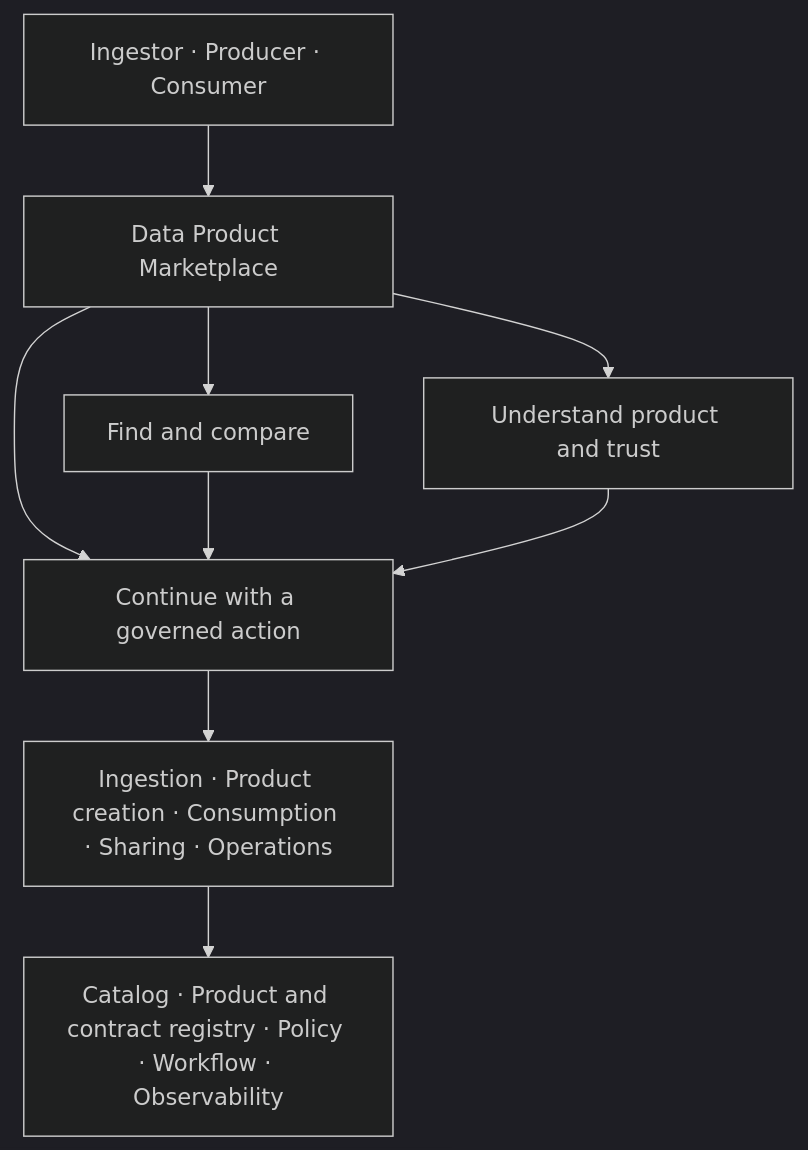
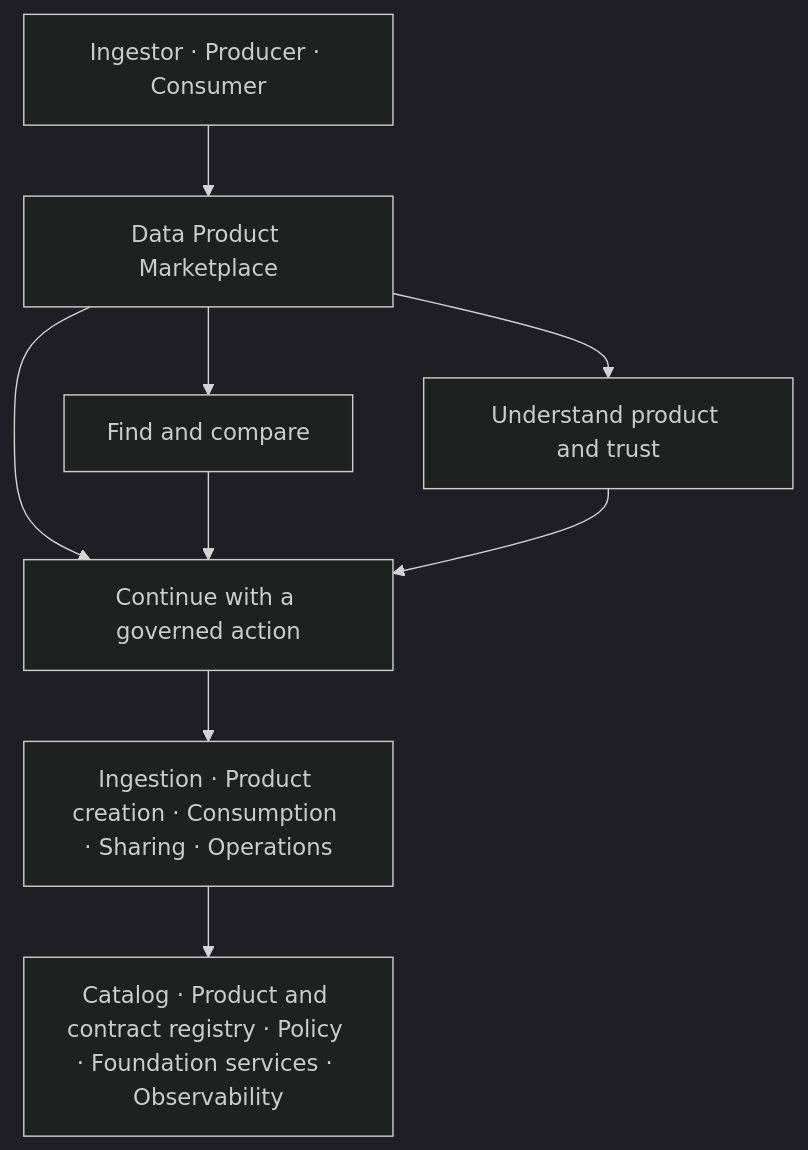
One commit to cong78/data-foundation-architecture changed the second of 4 diagrams in docs/architecture/data-service-portal-model.md. Above: the diagram before and after it, drawn with Mermaid (dark theme). The commit also changed other lines of this file and 1 other file, not shown here.

Commit message:
Consolidate portal flows under data contracts

````diff
--- a/docs/architecture/data-service-portal-model.md
+++ b/docs/architecture/data-service-portal-model.md
@@ -53,18 +53,18 @@
 ```mermaid
 flowchart TB
     USERS[Ingestor · Producer · Consumer]
     M[Data Product Marketplace]
     F[Find and compare]
     D[Understand product and trust]
     A[Continue with a governed action]
     S[Ingestion · Product creation · Consumption · Sharing · Operations]
-    AUTH[Catalog · Product and contract registry · Policy · Workflow · Observability]
+    AUTH[Catalog · Product and contract registry · Policy · Foundation services · Observability]
 
     USERS --> M
     M --> F
     M --> D
     M --> A
     F --> A
     D --> A
     A --> S --> AUTH
 ```
````
